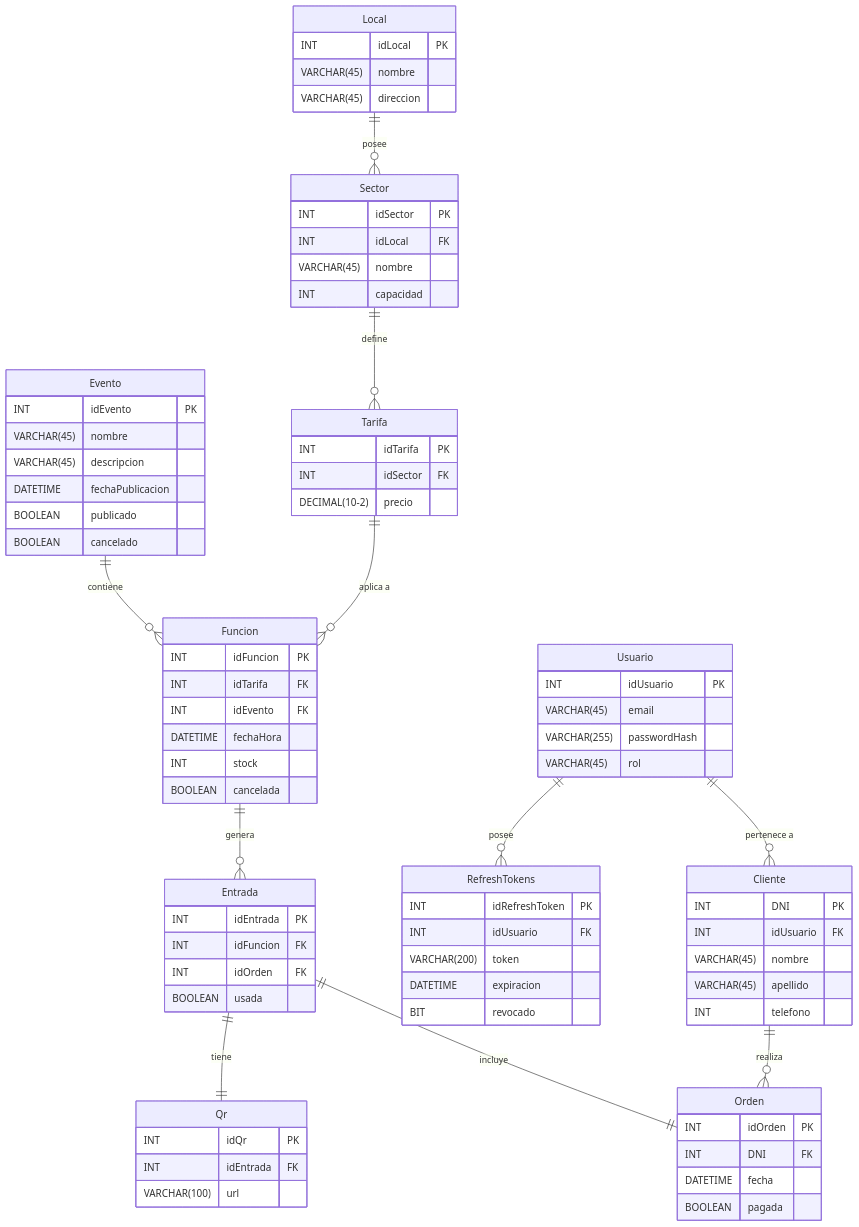
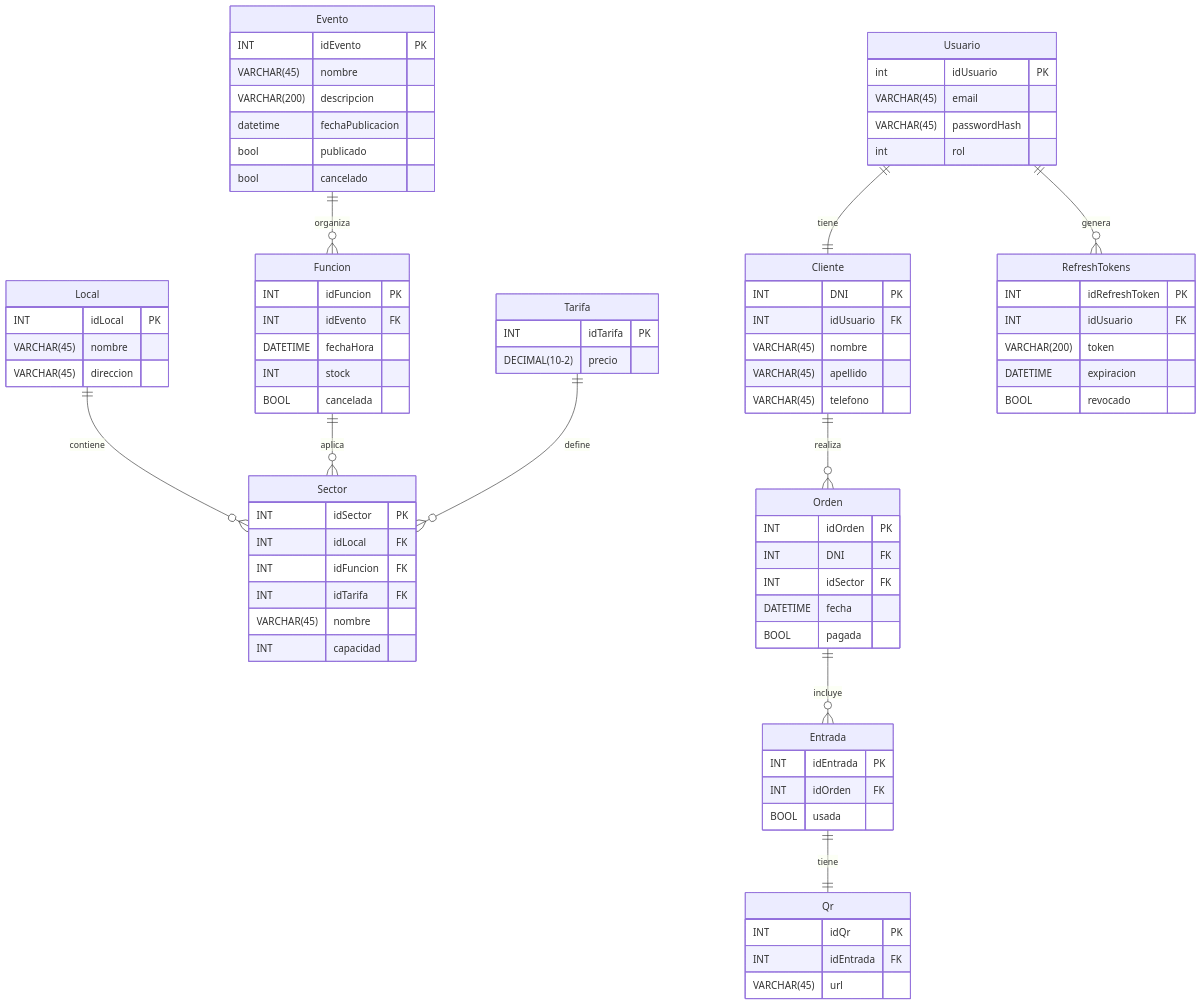
One commit to PasandiLuka/SuperProyecto changed the second of 3 diagrams in doc/README.md. Above: the diagram before and after it, drawn with Mermaid. The commit also changed other lines of this file and 4 other files, not shown here.

First line of the commit message:
WARNING NO FUNCA - Cambios en el DER y el diagrama de clases

````diff
--- a/doc/README.md
+++ b/doc/README.md
@@ -104,5 +103,14 @@
 ```mermaid
 erDiagram
+    Local ||--o{ Sector : contiene
+    Evento ||--o{ Funcion : organiza
+    Funcion ||--o{ Sector : aplica
+    Tarifa ||--o{ Sector : define
+    Cliente ||--o{ Orden : realiza
+    Orden ||--o{ Entrada : incluye
+    Entrada ||--|| Qr : tiene
+    Usuario ||--|| Cliente : tiene
+    Usuario ||--o{ RefreshTokens : genera
 
     Local {
         INT idLocal PK
@@ -113,24 +121,39 @@
     Evento {
         INT idEvento PK
         VARCHAR(45) nombre
-        VARCHAR(45) descripcion
-        DATETIME fechaPublicacion
-        BOOLEAN publicado
-        BOOLEAN cancelado
+        VARCHAR(200) descripcion
+        datetime fechaPublicacion
+        bool publicado
+        bool cancelado
     }
 
-    Usuario {
-        INT idUsuario PK
-        VARCHAR(45) email
-        VARCHAR(255) passwordHash
-        VARCHAR(45) rol
+    Funcion {
+        INT idFuncion PK
+        INT idEvento FK
+        DATETIME fechaHora
+        INT stock
+        BOOL cancelada
+    }
+
+    Tarifa {
+        INT idTarifa PK
+        DECIMAL(10-2) precio
     }
 
     Sector {
         INT idSector PK
         INT idLocal FK
+        INT idFuncion FK
+        INT idTarifa FK
         VARCHAR(45) nombre
         INT capacidad
+    }
+
+    Usuario {
+        int idUsuario PK
+        VARCHAR(45) email
+        VARCHAR(45) passwordHash
+        int rol
     }
 
     Cliente {
@@ -138,7 +161,7 @@
         INT idUsuario FK
         VARCHAR(45) nombre
         VARCHAR(45) apellido
-        INT telefono
+        VARCHAR(45) telefono
     }
 
     RefreshTokens {
@@ -146,53 +169,26 @@
         INT idUsuario FK
         VARCHAR(200) token
         DATETIME expiracion
-        BIT revocado
+        BOOL revocado
     }
 
-    Tarifa {
-        INT idTarifa PK
+    Orden {
+        INT idOrden PK
+        INT DNI FK
         INT idSector FK
-        DECIMAL(10-2) precio
-    }
-
-    Funcion {
-        INT idFuncion PK
-        INT idTarifa FK
-        INT idEvento FK
-        DATETIME fechaHora
-        INT stock
-        BOOLEAN cancelada
+        DATETIME fecha
+        BOOL pagada
     }
 
     Entrada {
         INT idEntrada PK
-        INT idFuncion FK
         INT idOrden FK
-        BOOLEAN usada
+        BOOL usada
     }
 
     Qr {
         INT idQr PK
         INT idEntrada FK
-        VARCHAR(100) url
+        VARCHAR(45) url
     }
-
-    Orden {
-        INT idOrden PK
-        INT DNI FK
-        DATETIME fecha
-        BOOLEAN pagada
-    }
-
-    %% Relaciones
-    Local ||--o{ Sector : "posee"
-    Sector ||--o{ Tarifa : "define"
-    Tarifa ||--o{ Funcion : "aplica a"
-    Evento ||--o{ Funcion : "contiene"
-    Funcion ||--o{ Entrada : "genera"
-    Entrada ||--|| Qr : "tiene"
-    Cliente ||--o{ Orden : "realiza"
-    Entrada ||--|| Orden : "incluye"
-    Usuario ||--o{ Cliente : "pertenece a"
-    Usuario ||--o{ RefreshTokens : "posee"
 ```
````
